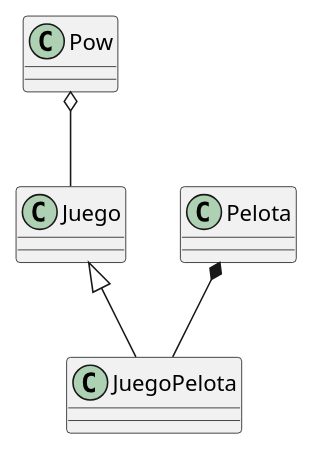
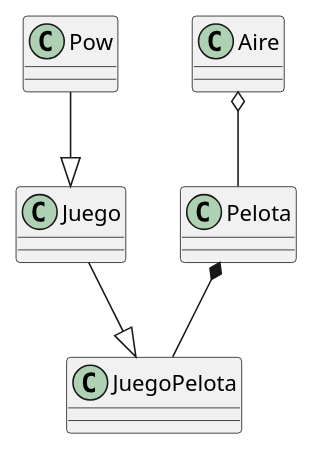
Before and after one commit to GabrielNievesRamirez/Hola-Mundo: the diagram in docs/pow.puml, drawn with PlantUML.

Commit message:
version 1

```diff
--- a/docs/pow.puml
+++ b/docs/pow.puml
@@ -1,13 +1,15 @@
 @startuml Pow
 
-class Pow
+class Pow 
 class Juego
 class JuegoPelota
 class Pelota
 
-Pow o--Juego 
-Juego <|--JuegoPelota 
+
+Pow --|> Juego
+Juego --|> JuegoPelota 
 Pelota *-- JuegoPelota
+Aire o-- Pelota
 
 
 @enduml
```
